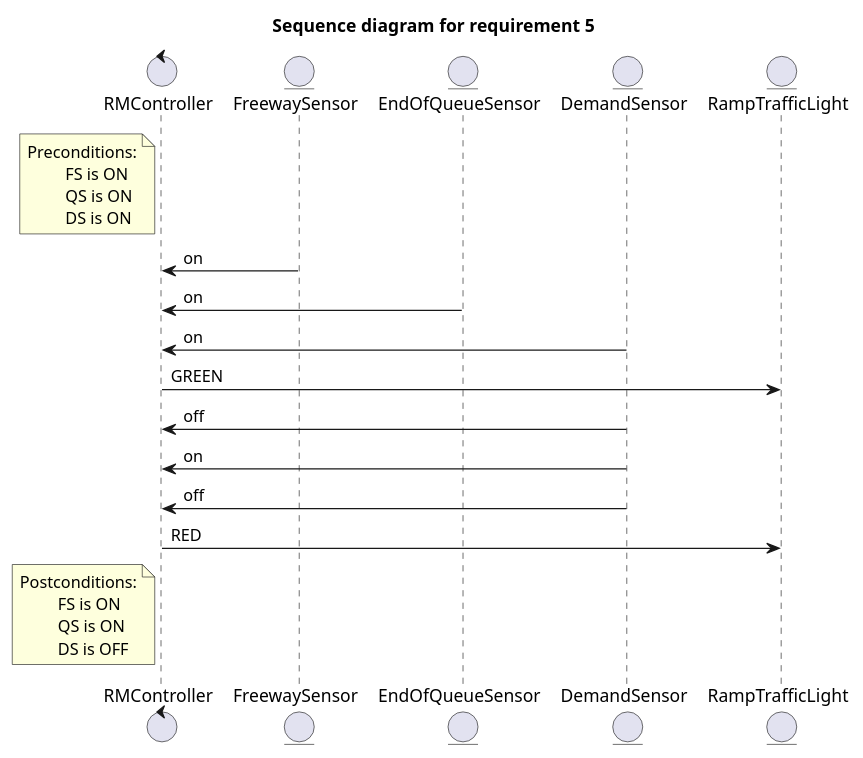
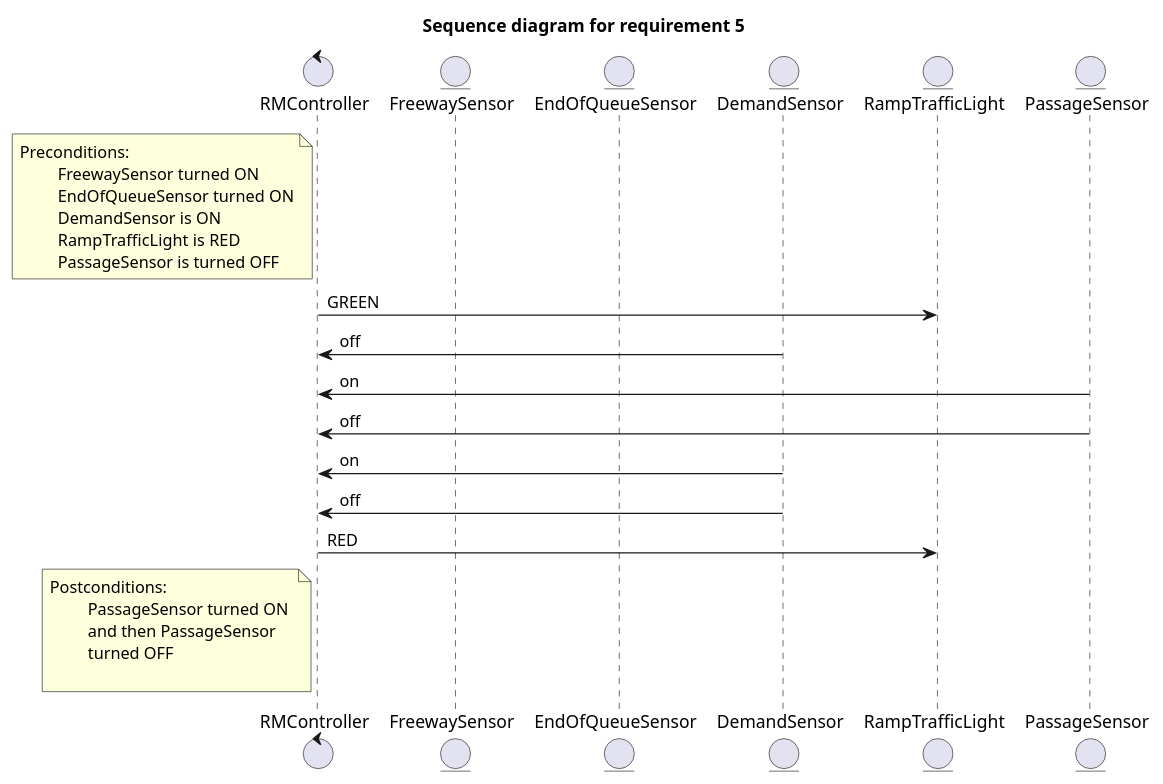
One commit to MaksimKarnaukh/MoSIS changed the diagram in 01_RequirementsChecking/sequence_diagram_req5.puml. Above: the diagram before and after it, drawn with PlantUML.

```diff
--- a/01_RequirementsChecking/sequence_diagram_req5.puml
+++ b/01_RequirementsChecking/sequence_diagram_req5.puml
@@ -1,37 +1,39 @@
 @startuml
 
 '5) When the FS is ON and the QS is ON,
 'if DS is turned ON, it indicates intense traffic over the ramp.
 'In this scenario, two cars must cross the TL before it turns RED.
 'Then, set TL to GREEN. After DS is OFF, ON and OFF (two cars),
 'turn TL to RED.
 
 title "Sequence diagram for requirement 5"
 
 control RMController as RMC
 entity FreewaySensor as FS
 entity EndOfQueueSensor as QS
 entity DemandSensor as DS
 entity RampTrafficLight as RTL
+entity PassageSensor as PS
 
-'note over FS : Preconditions:\n\t Turned OFF
-'note over QS : Preconditions:\n\t Turned ON
-'note over DS : Preconditions:\n\t Turned ON
+note left of RMC: Preconditions:\n\t FreewaySensor turned ON\n\t EndOfQueueSensor turned ON\n\t DemandSensor is ON\n\t RampTrafficLight is RED\n\t PassageSensor is turned OFF
 
-note left of RMC: Preconditions:\n\t FS is ON\n\t QS is ON\n\t DS is ON
-
-FS -> RMC: on
-QS -> RMC: on
-DS -> RMC: on
+'below commented lines not explicitly needed because they are part of the preconditions
+'FS -> RMC: on
+'QS -> RMC: on
+'DS -> RMC: on
 
 RMC -> RTL: GREEN
 
 DS -> RMC: off
+
+PS -> RMC: on
+PS -> RMC: off
+
 DS -> RMC: on
 DS -> RMC: off
 
 RMC -> RTL: RED
 
-note left of RMC: Postconditions:\n\t FS is ON\n\t QS is ON\n\t DS is OFF
+note left of RMC: Postconditions:\n\t PassageSensor turned ON \n\t and then PassageSensor \n\t turned OFF\n\t
 
 @enduml
```
